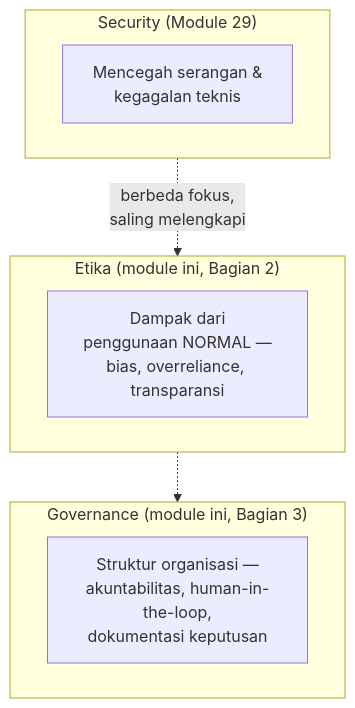
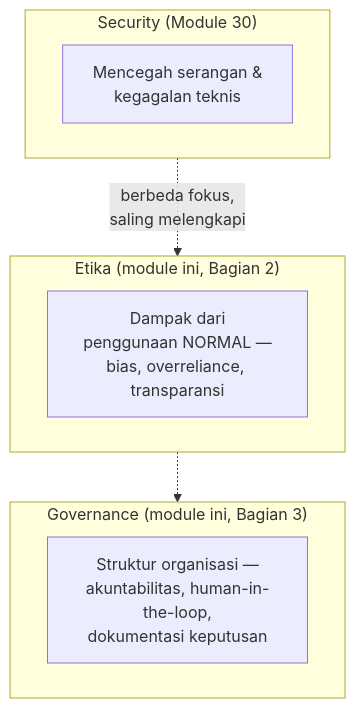
Before and after one commit to githubna-ilham/nala_ai: the first of 2 diagrams in Module-32-Ethics-Governance/materi.md, drawn with Mermaid. The commit also changed other lines of this file and 8 other files, not shown here.

````diff
--- a/Module-32-Ethics-Governance/materi.md
+++ b/Module-32-Ethics-Governance/materi.md
@@ -13,13 +13,13 @@
 ```mermaid
 flowchart TB
-    subgraph L1["Security (Module 29)"]
+    subgraph L1["Security (Module 30)"]
         S1["Mencegah serangan &<br/>kegagalan teknis"]
     end
     subgraph L2["Etika (module ini, Bagian 2)"]
         E1["Dampak dari<br/>penggunaan NORMAL —<br/>bias, overreliance, transparansi"]
     end
     subgraph L3["Governance (module ini, Bagian 3)"]
         G1["Struktur organisasi —<br/>akuntabilitas, human-in-the-loop,<br/>dokumentasi keputusan"]
     end
     L1 -.->|"berbeda fokus,<br/>saling melengkapi"| L2 -.-> L3
 ```
````
